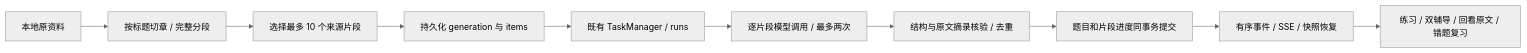
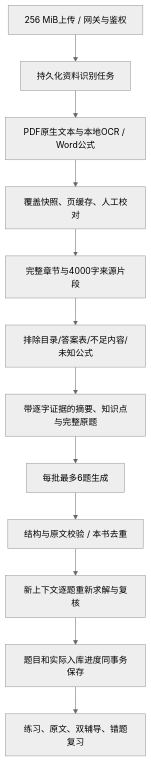
Before and after one commit to qing1989620/xinxin-local: the diagram in docs/learning-studio.md, drawn with Mermaid (neutral theme). The commit also changed other lines of this file and 27 other files, not shown here.

````diff
--- a/docs/learning-studio.md
+++ b/docs/learning-studio.md
@@ -7,12 +5,14 @@
 ```mermaid
-flowchart LR
-  A[本地原资料] --> B[按标题切章 / 完整分段]
-  B --> C[选择最多 10 个来源片段]
-  C --> D[持久化 generation 与 items]
-  D --> E[既有 TaskManager / runs]
-  E --> F[逐片段模型调用 / 最多两次]
-  F --> G[结构与原文摘录核验 / 去重]
-  G --> H[题目和片段进度同事务提交]
-  H --> I[有序事件 / SSE / 快照恢复]
-  I --> J[练习 / 双辅导 / 回看原文 / 错题复习]
+flowchart TD
+  A[256 MiB上传 / 网关与鉴权] --> B[持久化资料识别任务]
+  B --> C[PDF原生文本与本地OCR / Word公式]
+  C --> D[覆盖快照、页缓存、人工校对]
+  D --> E[完整章节与4000字来源片段]
+  E --> F[排除目录/答案表/不足内容/未知公式]
+  F --> G[带逐字证据的摘要、知识点与完整原题]
+  G --> H[每批最多6题生成]
+  H --> I[结构与原文校验 / 本书去重]
+  I --> J[新上下文逐题重新求解与复核]
+  J --> K[题目和实际入库进度同事务保存]
+  K --> L[练习、原文、双辅导、错题复习]
 ```
````
